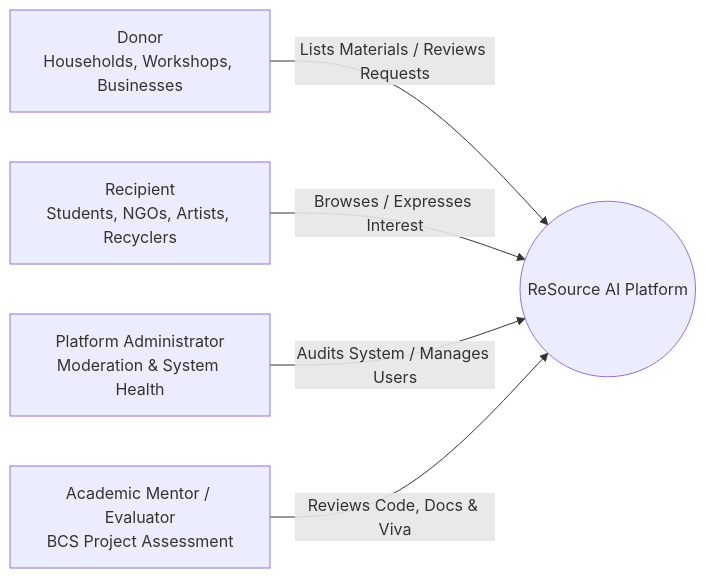
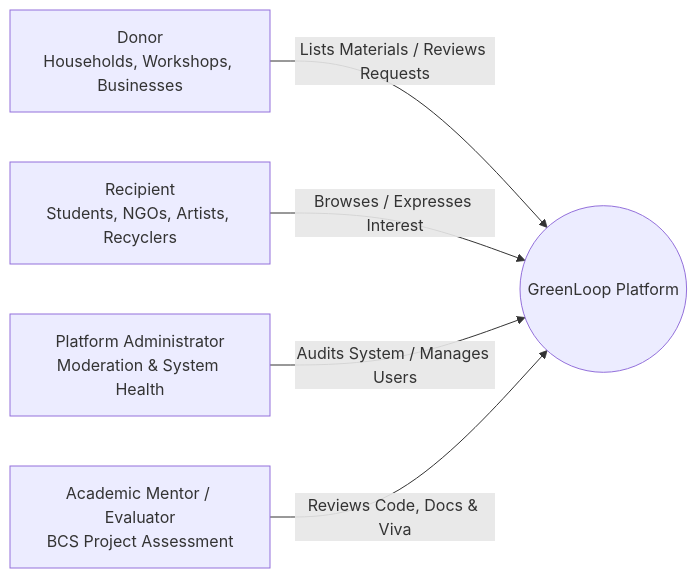
One commit to Om-Kalubarme/GreenLoop changed the diagram in docs/PDR.md. Above: the diagram before and after it, drawn with Mermaid. The commit also changed other lines of this file and 90 other files, not shown here.

Commit message:
feat: complete GreenLoop platform code, architecture, APIs, tests, and documentation

````diff
--- a/docs/PDR.md
+++ b/docs/PDR.md
@@ -64,7 +64,7 @@
 ```mermaid
 graph LR
-    Donor[Donor<br/>Households, Workshops, Businesses] -->|Lists Materials / Reviews Requests| Platform((ReSource AI Platform))
+    Donor[Donor<br/>Households, Workshops, Businesses] -->|Lists Materials / Reviews Requests| Platform((GreenLoop Platform))
     Recipient[Recipient<br/>Students, NGOs, Artists, Recyclers] -->|Browses / Expresses Interest| Platform
     Admin[Platform Administrator<br/>Moderation & System Health] -->|Audits System / Manages Users| Platform
     Mentor[Academic Mentor / Evaluator<br/>BCS Project Assessment] -->|Reviews Code, Docs & Viva| Platform
 ```
````
